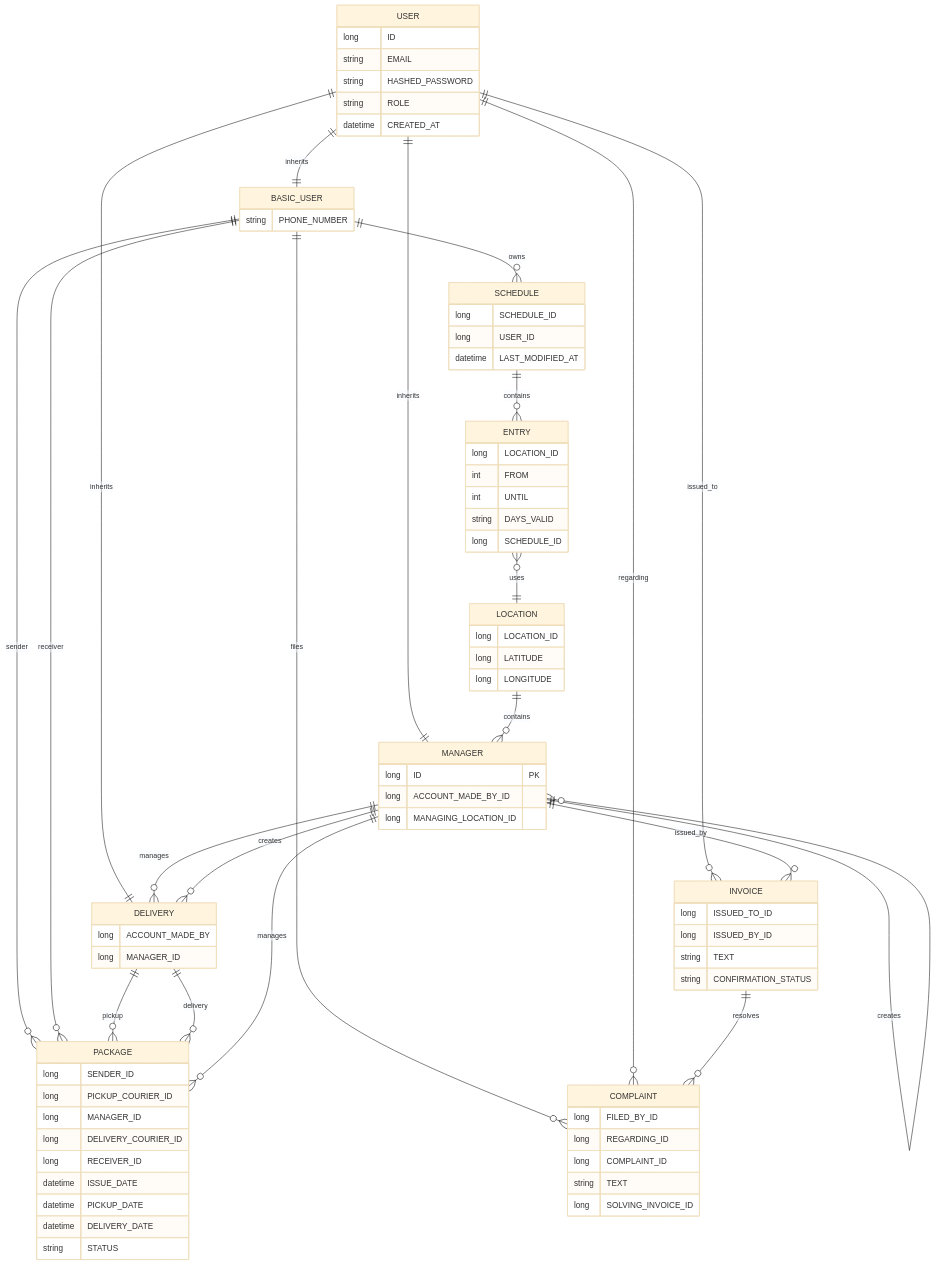
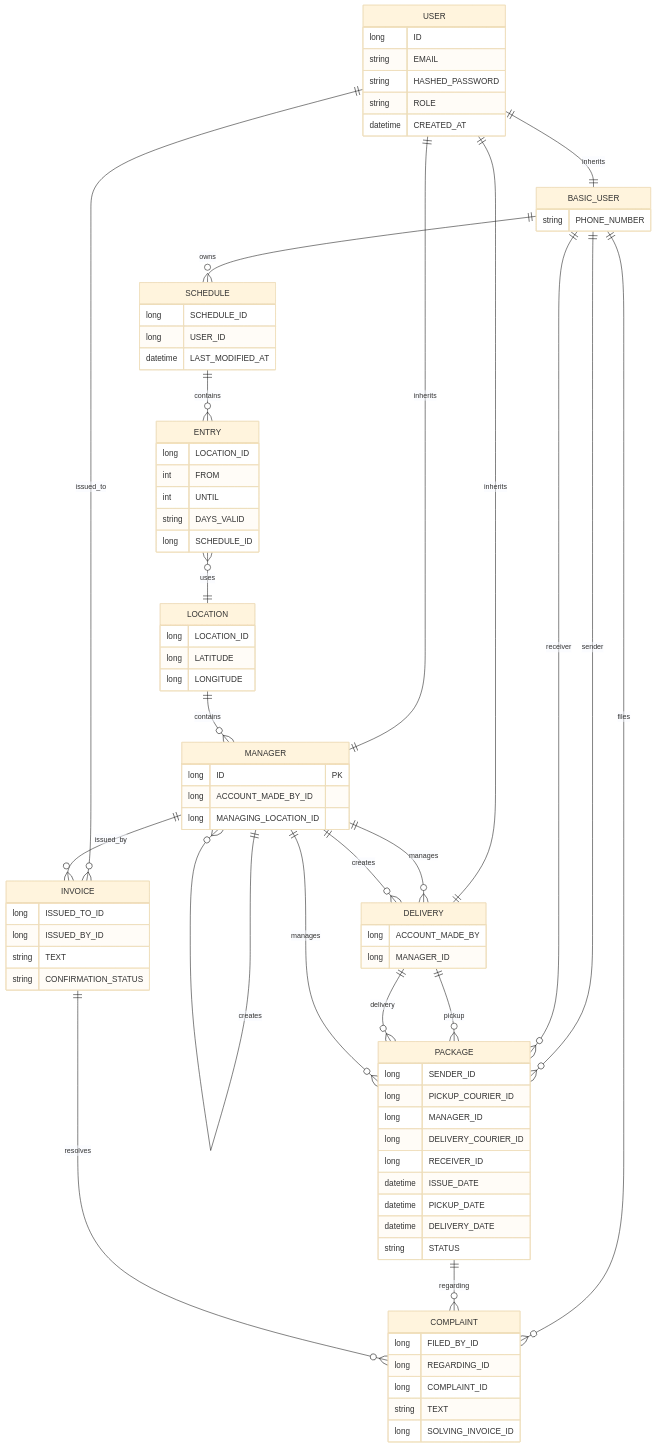
The diagram in README.md (DariusSasarman/DynamicDeliverySystem), drawn with Mermaid (base theme) before and after one commit. The commit also changed other lines of this file and 26 other files, not shown here.

```diff
--- a/README.md
+++ b/README.md
@@ -127,7 +127,7 @@
 
     %% Complaints
     BASIC_USER ||--o{ COMPLAINT : files
-    USER ||--o{ COMPLAINT : regarding
+    PACKAGE ||--o{ COMPLAINT : regarding
     INVOICE ||--o{ COMPLAINT : resolves
 
     %% Account creation
```
